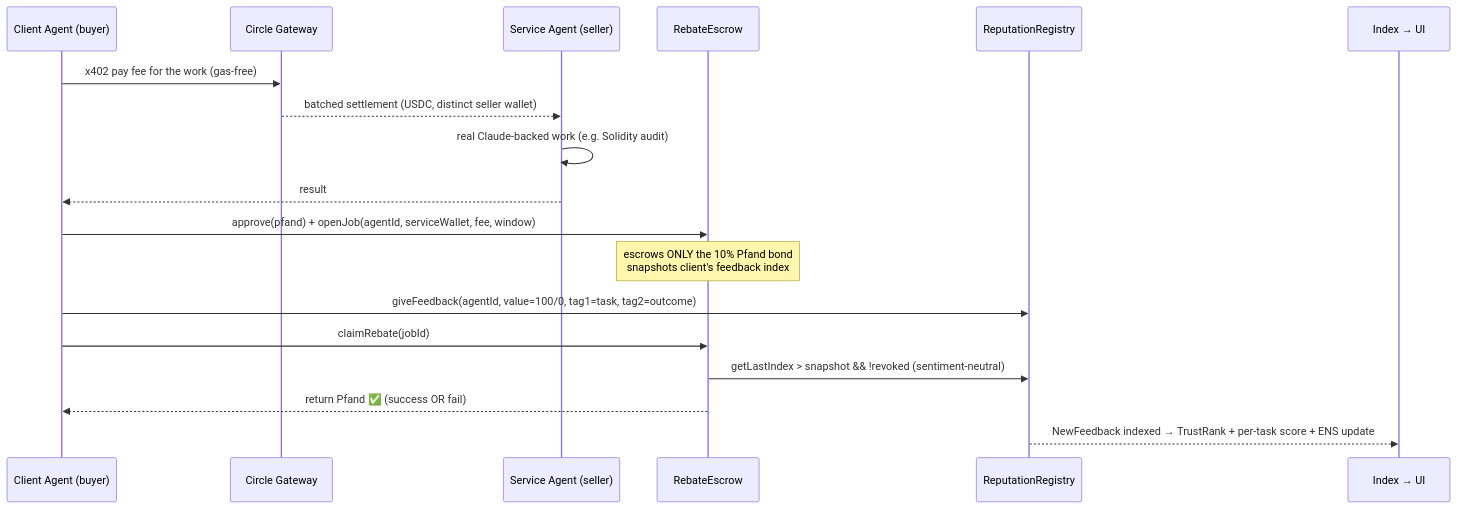
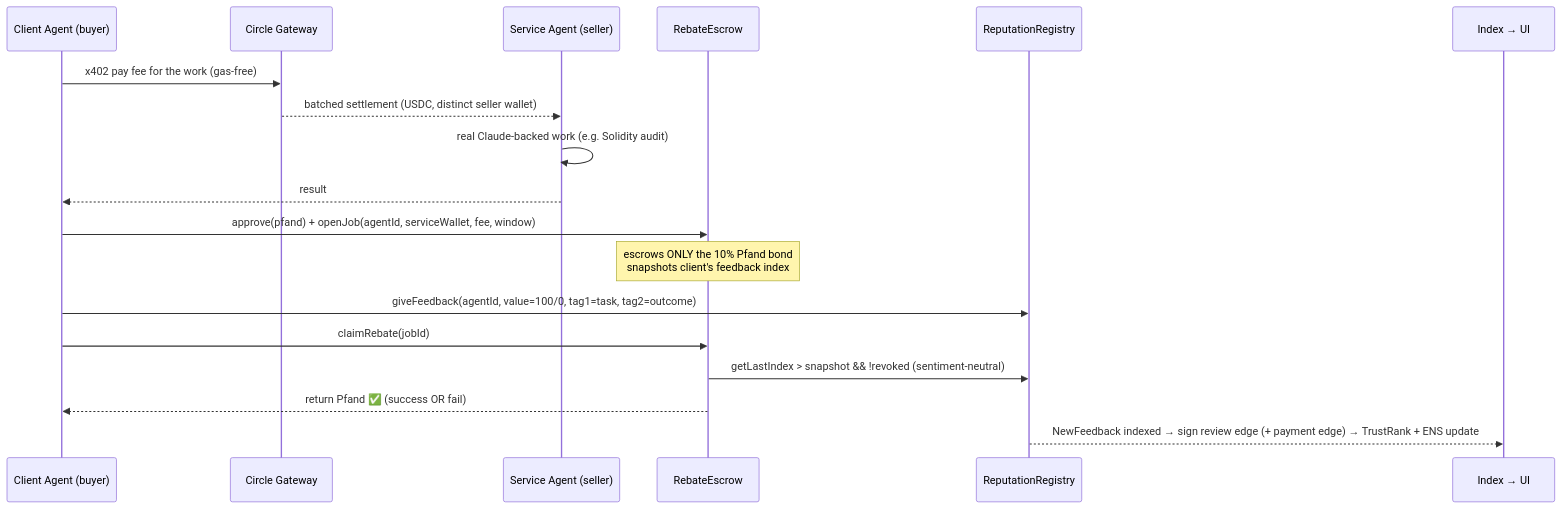
One commit to lukaske/pfand changed the third of 3 diagrams in docs/architecture.md. Above: the diagram before and after it, drawn with Mermaid. The commit also changed other lines of this file and 23 other files, not shown here.

First line of the commit message:
v2: EigenTrust trust primitive — HUMAN oracle node, sign edges, payment edges, Pfand enforcement

````diff
--- a/docs/architecture.md
+++ b/docs/architecture.md
@@ -169,21 +188,21 @@
 ```mermaid
 sequenceDiagram
     participant C as Client Agent (buyer)
     participant G as Circle Gateway
     participant S as Service Agent (seller)
     participant E as RebateEscrow
     participant R as ReputationRegistry
     participant I as Index → UI
 
     C->>G: x402 pay fee for the work (gas-free)
     G-->>S: batched settlement (USDC, distinct seller wallet)
     S->>S: real Claude-backed work (e.g. Solidity audit)
     S-->>C: result
     C->>E: approve(pfand) + openJob(agentId, serviceWallet, fee, window)
     Note over E: escrows ONLY the 10% Pfand bond<br/>snapshots client's feedback index
     C->>R: giveFeedback(agentId, value=100/0, tag1=task, tag2=outcome)
     C->>E: claimRebate(jobId)
     E->>R: getLastIndex > snapshot && !revoked (sentiment-neutral)
     E-->>C: return Pfand ✅ (success OR fail)
-    R-->>I: NewFeedback indexed → TrustRank + per-task score + ENS update
+    R-->>I: NewFeedback indexed → sign review edge (+ payment edge) → TrustRank + ENS update
 ```
````
